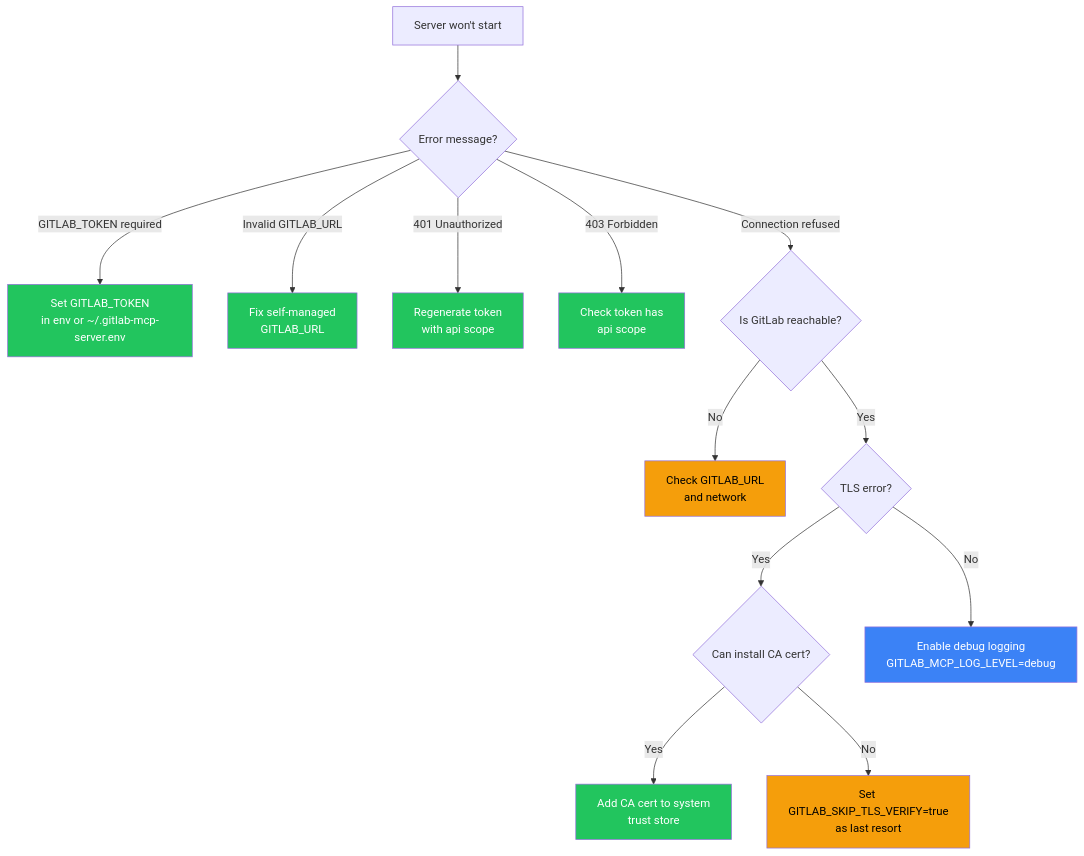
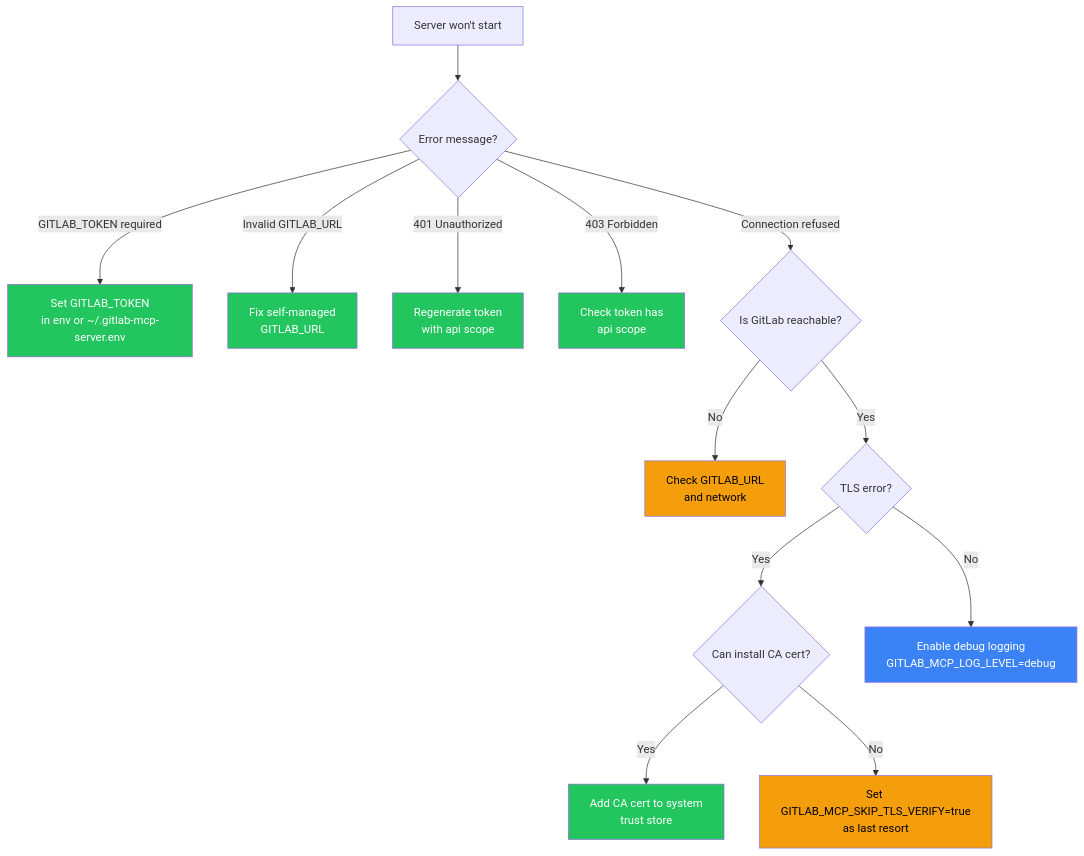
The diagram in site/src/content/docs/operations/troubleshooting.mdx (jmrplens/gitlab-mcp-server), drawn with Mermaid before and after one commit. The commit also changed other lines of this file and 135 other files, not shown here.

````diff
--- a/site/src/content/docs/operations/troubleshooting.mdx
+++ b/site/src/content/docs/operations/troubleshooting.mdx
@@ -22,24 +22,24 @@
 ```mermaid
 flowchart TD
     A[Server won't start] --> B{Error message?}
     B -->|GITLAB_TOKEN required| C[Set GITLAB_TOKEN<br/>in env or ~/.gitlab-mcp-server.env]
     B -->|Invalid GITLAB_URL| D[Fix self-managed<br/>GITLAB_URL]
     B -->|401 Unauthorized| E[Regenerate token<br/>with api scope]
     B -->|403 Forbidden| F[Check token has<br/>api scope]
     B -->|Connection refused| G{Is GitLab reachable?}
     G -->|No| H[Check GITLAB_URL<br/>and network]
     G -->|Yes| I{TLS error?}
     I -->|Yes| J{Can install CA cert?}
     J -->|Yes| J1[Add CA cert to system<br/>trust store]
-    J -->|No| J2[Set GITLAB_SKIP_TLS_VERIFY=true<br/>as last resort]
+    J -->|No| J2[Set GITLAB_MCP_SKIP_TLS_VERIFY=true<br/>as last resort]
     I -->|No| K[Enable debug logging<br/>GITLAB_MCP_LOG_LEVEL=debug]
 
     style C fill:#22c55e,color:#fff
     style D fill:#22c55e,color:#fff
     style E fill:#22c55e,color:#fff
     style F fill:#22c55e,color:#fff
     style H fill:#f59e0b,color:#000
     style J1 fill:#22c55e,color:#fff
     style J2 fill:#f59e0b,color:#000
     style K fill:#3b82f6,color:#fff
 ```
````
